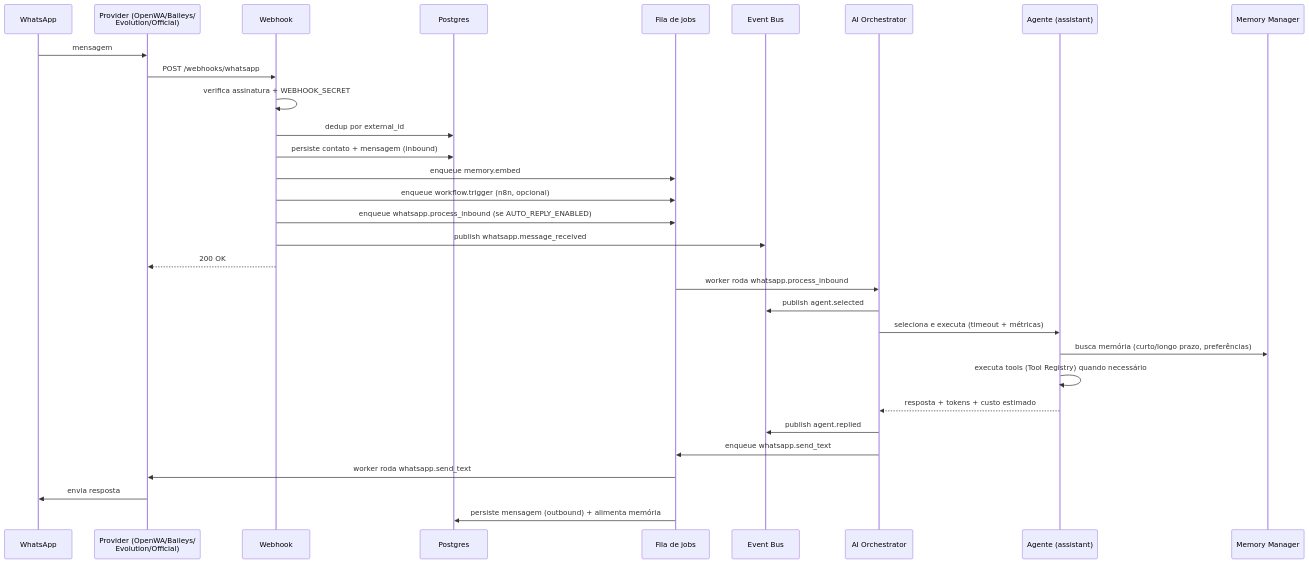
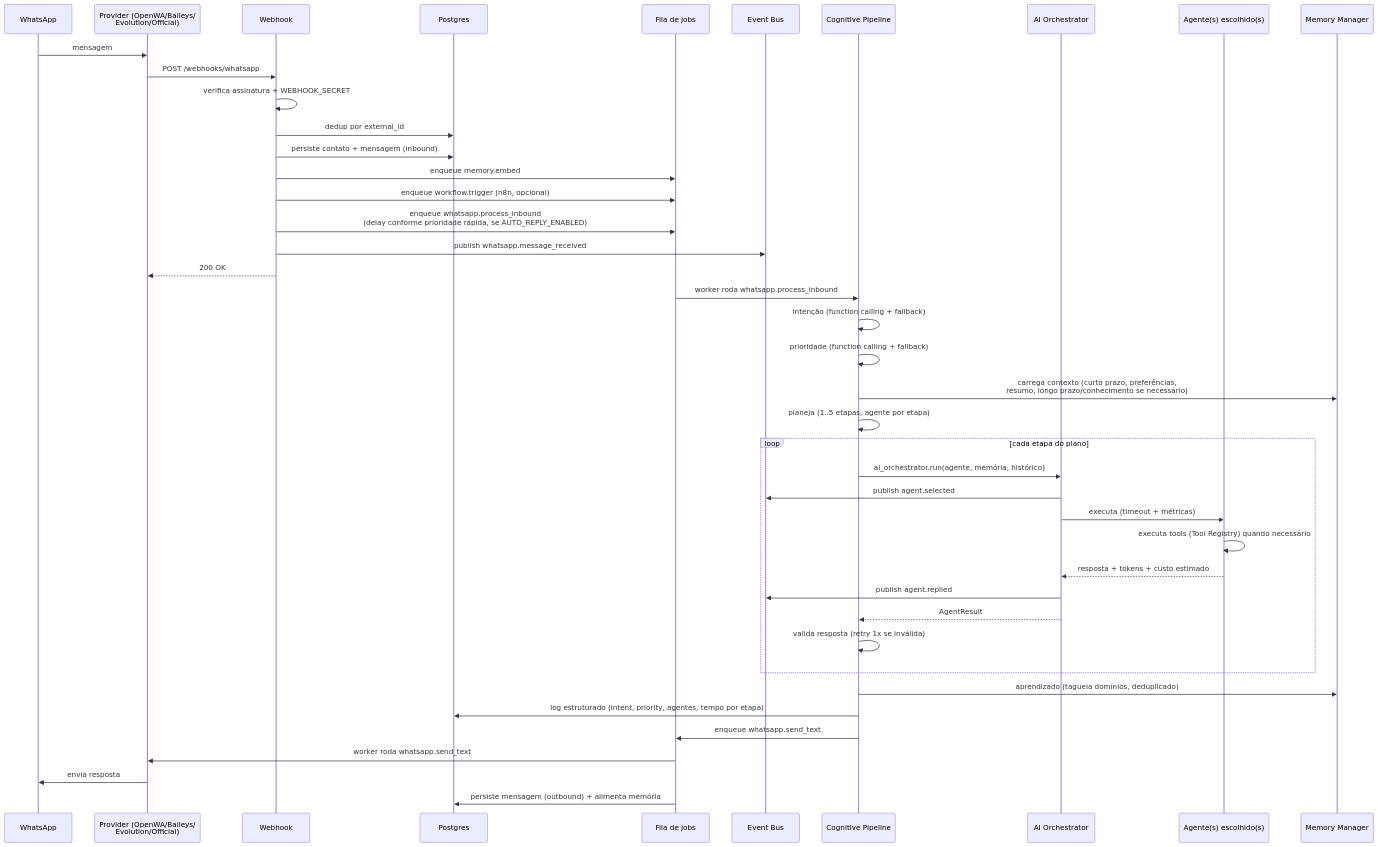
The diagram in README.md (prdariomarques-ship-it/ship-it), drawn with Mermaid before and after one commit. The commit also changed other lines of this file and 29 other files, not shown here.

````diff
--- a/README.md
+++ b/README.md
@@ -97,36 +99,47 @@
 ```mermaid
 sequenceDiagram
     participant WA as WhatsApp
     participant P as Provider (OpenWA/Baileys/<br/>Evolution/Official)
     participant W as Webhook
     participant DB as Postgres
     participant Q as Fila de jobs
     participant EB as Event Bus
+    participant CP as Cognitive Pipeline
     participant O as AI Orchestrator
-    participant A as Agente (assistant)
+    participant A as Agente(s) escolhido(s)
     participant MM as Memory Manager
 
     WA->>P: mensagem
     P->>W: POST /webhooks/whatsapp
     W->>W: verifica assinatura + WEBHOOK_SECRET
     W->>DB: dedup por external_id
     W->>DB: persiste contato + mensagem (inbound)
     W->>Q: enqueue memory.embed
     W->>Q: enqueue workflow.trigger (n8n, opcional)
-    W->>Q: enqueue whatsapp.process_inbound (se AUTO_REPLY_ENABLED)
+    W->>Q: enqueue whatsapp.process_inbound<br/>(delay conforme prioridade rápida, se AUTO_REPLY_ENABLED)
     W->>EB: publish whatsapp.message_received
     W-->>P: 200 OK
 
-    Q->>O: worker roda whatsapp.process_inbound
-    O->>EB: publish agent.selected
-    O->>A: seleciona e executa (timeout + métricas)
-    A->>MM: busca memória (curto/longo prazo, preferências)
-    A->>A: executa tools (Tool Registry) quando necessário
-    A-->>O: resposta + tokens + custo estimado
-    O->>EB: publish agent.replied
-    O->>Q: enqueue whatsapp.send_text
+    Q->>CP: worker roda whatsapp.process_inbound
+    CP->>CP: intenção (function calling + fallback)
+    CP->>CP: prioridade (function calling + fallback)
+    CP->>MM: carrega contexto (curto prazo, preferências,<br/>resumo, longo prazo/conhecimento se necessário)
+    CP->>CP: planeja (1..5 etapas, agente por etapa)
+    loop cada etapa do plano
+        CP->>O: ai_orchestrator.run(agente, memória, histórico)
+        O->>EB: publish agent.selected
+        O->>A: executa (timeout + métricas)
+        A->>A: executa tools (Tool Registry) quando necessário
+        A-->>O: resposta + tokens + custo estimado
+        O->>EB: publish agent.replied
+        O-->>CP: AgentResult
+        CP->>CP: valida resposta (retry 1x se inválida)
+    end
+    CP->>MM: aprendizado (tagueia domínios, deduplicado)
+    CP->>DB: log estruturado (intent, priority, agentes, tempo por etapa)
+    CP->>Q: enqueue whatsapp.send_text
 
     Q->>P: worker roda whatsapp.send_text
     P->>WA: envia resposta
     Q->>DB: persiste mensagem (outbound) + alimenta memória
 ```
````
